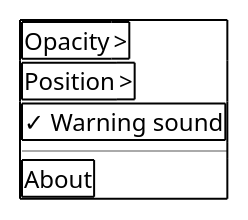
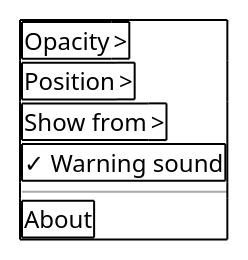
The third of 6 diagrams in 02_Implementation/docs/requirements/user-stories/US-010/user-story.md (adlemich/EagleEye), drawn with PlantUML before and after one commit. The commit also changed other lines of this file and 1 other file, not shown here.

````diff
--- a/02_Implementation/docs/requirements/user-stories/US-010/user-story.md
+++ b/02_Implementation/docs/requirements/user-stories/US-010/user-story.md
@@ -245,11 +258,12 @@
 ```plantuml
 @startsalt
 {+
   {+ Opacity           | > }
   {+ Position          | > }
+  {+ Show from         | > }
   {+ ✓ Warning sound }
   ---
   {+ About }
 }
 @endsalt
 ```
````
